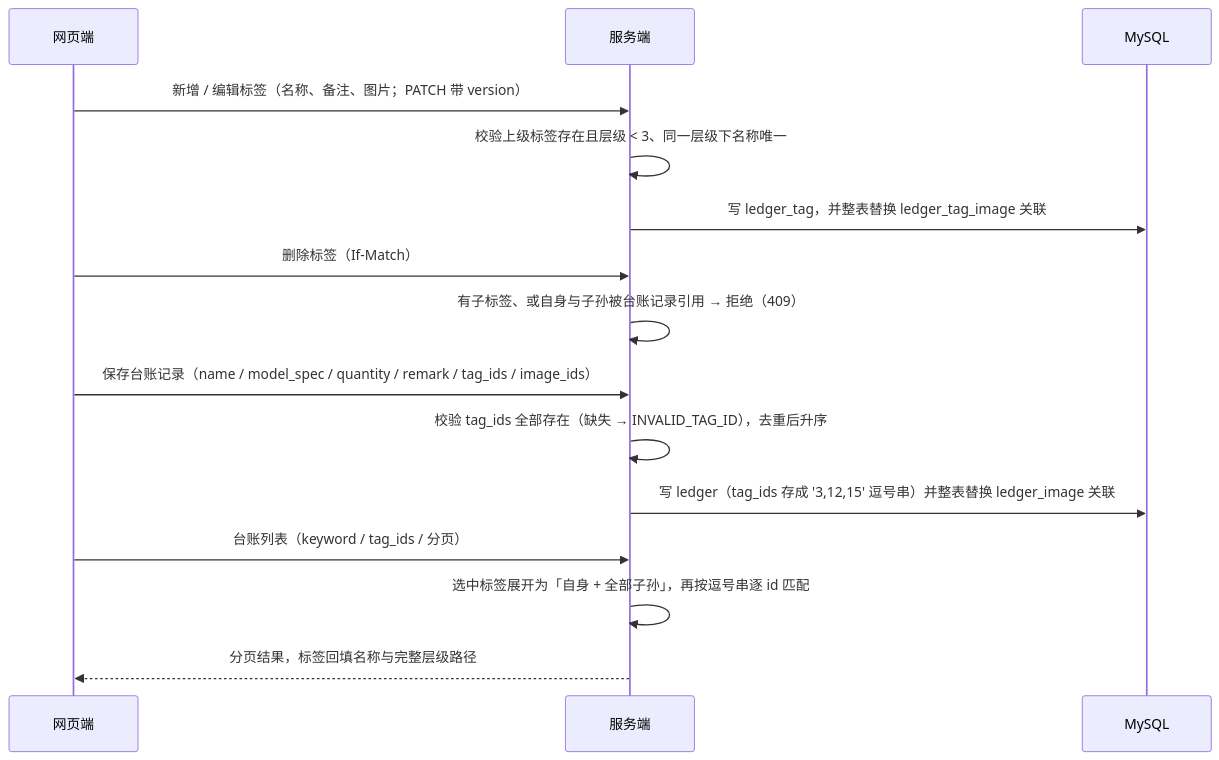
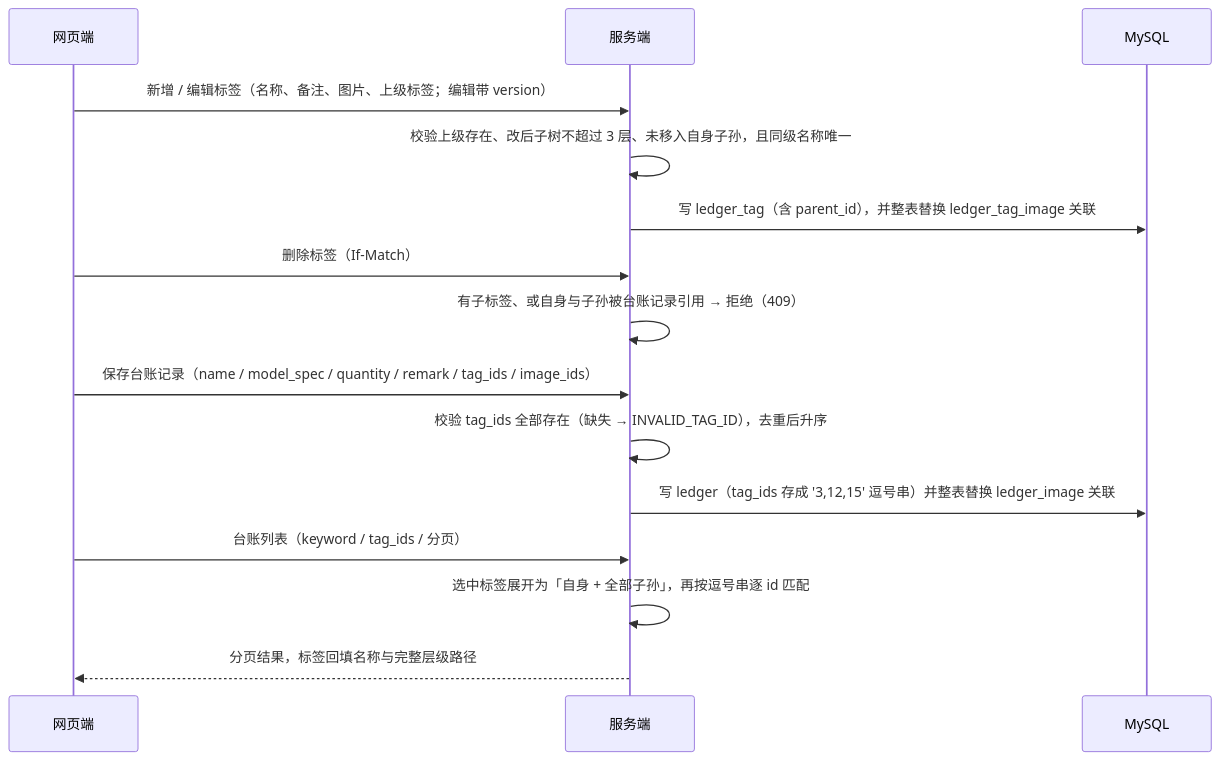
One commit to Sakana-1314/Electrical-Manager changed diagram 29 of 29 in docs/websites/pages/dev-flows.md. Above: the diagram before and after it, drawn with Mermaid. The commit also changed other lines of this file and 15 other files, not shown here.

````diff
--- a/docs/websites/pages/dev-flows.md
+++ b/docs/websites/pages/dev-flows.md
@@ -503,17 +503,17 @@
 ```mermaid
 sequenceDiagram
     participant W as 网页端
     participant S as 服务端
     participant DB as MySQL
-    W->>S: 新增 / 编辑标签（名称、备注、图片；PATCH 带 version）
-    S->>S: 校验上级标签存在且层级 < 3、同一层级下名称唯一
-    S->>DB: 写 ledger_tag，并整表替换 ledger_tag_image 关联
+    W->>S: 新增 / 编辑标签（名称、备注、图片、上级标签；编辑带 version）
+    S->>S: 校验上级存在、改后子树不超过 3 层、未移入自身子孙，且同级名称唯一
+    S->>DB: 写 ledger_tag（含 parent_id），并整表替换 ledger_tag_image 关联
     W->>S: 删除标签（If-Match）
     S->>S: 有子标签、或自身与子孙被台账记录引用 → 拒绝（409）
     W->>S: 保存台账记录（name / model_spec / quantity / remark / tag_ids / image_ids）
     S->>S: 校验 tag_ids 全部存在（缺失 → INVALID_TAG_ID），去重后升序
     S->>DB: 写 ledger（tag_ids 存成 '3,12,15' 逗号串）并整表替换 ledger_image 关联
     W->>S: 台账列表（keyword / tag_ids / 分页）
     S->>S: 选中标签展开为「自身 + 全部子孙」，再按逗号串逐 id 匹配
     S-->>W: 分页结果，标签回填名称与完整层级路径
 ```
````
